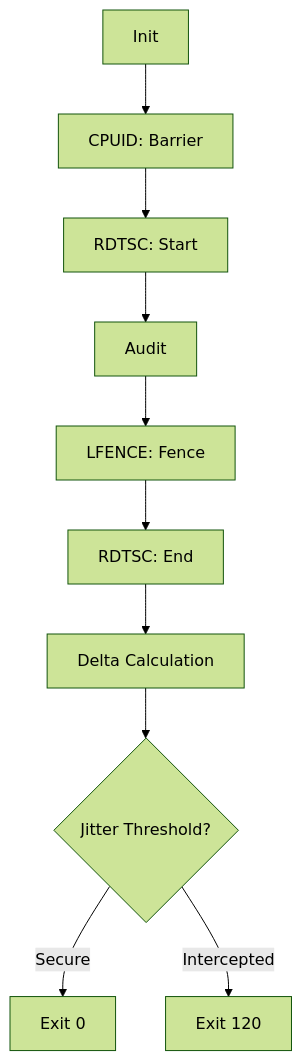
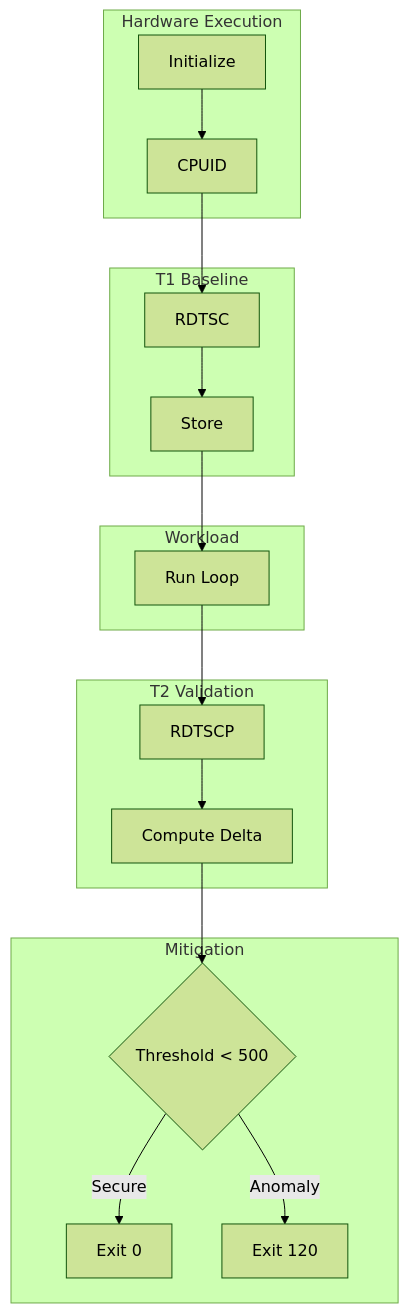
One commit to boutaba-motezeballah/Boutaba-Kernel-Jitter-Clock-Verifier changed the diagram in README.md. Above: the diagram before and after it, drawn with Mermaid (forest theme). The commit also changed other lines of this file, not shown here.

````diff
--- a/README.md
+++ b/README.md
@@ -7,12 +13,22 @@
 ```mermaid
 graph TD
-    A[Init] --> B[CPUID: Barrier]
-    B --> C[RDTSC: Start]
-    C --> D[Audit]
-    D --> E[LFENCE: Fence]
-    E --> F[RDTSC: End]
-    F --> G[Delta Calculation]
-    G --> H{Jitter Threshold?}
-    H -->|Secure| I[Exit 0]
-    H -->|Intercepted| J[Exit 120]
+    subgraph Layer0 [Hardware Execution]
+        Init[Initialize] --> Barrier1[CPUID]
+    end
+    subgraph Layer1 [T1 Baseline]
+        Barrier1 --> T1_Fetch[RDTSC]
+        T1_Fetch --> T1_Store[Store]
+    end
+    subgraph Layer2 [Workload]
+        T1_Store --> Loop[Run Loop]
+    end
+    subgraph Layer3 [T2 Validation]
+        Loop --> Barrier2[RDTSCP]
+        Barrier2 --> Delta[Compute Delta]
+    end
+    subgraph Layer4 [Mitigation]
+        Delta --> Gate{Threshold < 500}
+        Gate -->|Secure| Exit_Clean[Exit 0]
+        Gate -->|Anomaly| Exit_Mitigate[Exit 120]
+    end
 ```
````
